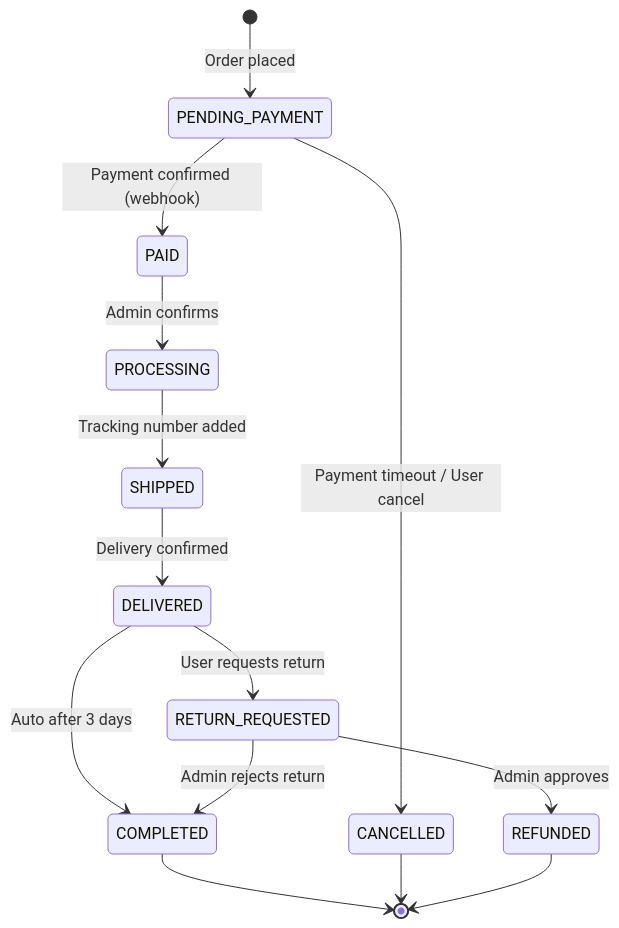
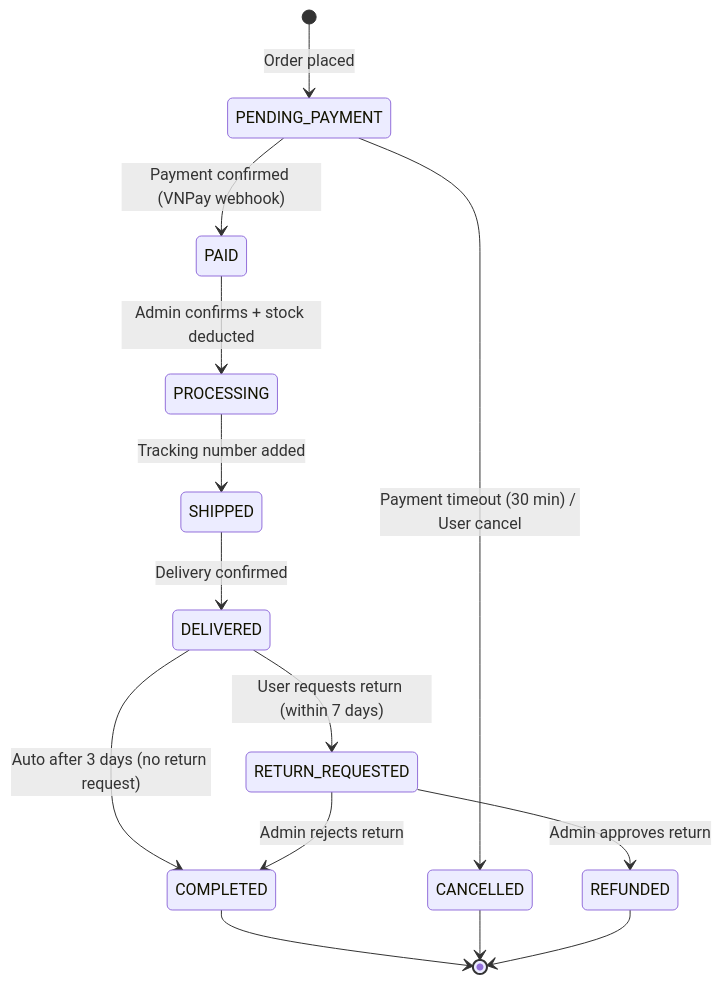
One commit to Neil-06-hub/SMART-ECOMMERCE-AI-SYSTEM-WORKFLOW-PUBLIC changed the third of 7 diagrams in docs/ARCHITECTURE.md. Above: the diagram before and after it, drawn with Mermaid. The commit also changed other lines of this file and 3 other files, not shown here.

````diff
--- a/docs/ARCHITECTURE.md
+++ b/docs/ARCHITECTURE.md
@@ -195,16 +249,16 @@
 ```mermaid
 stateDiagram-v2
     [*] --> PENDING_PAYMENT : Order placed
-    PENDING_PAYMENT --> PAID : Payment confirmed (webhook)
-    PENDING_PAYMENT --> CANCELLED : Payment timeout / User cancel
-    PAID --> PROCESSING : Admin confirms
+    PENDING_PAYMENT --> PAID : Payment confirmed (VNPay webhook)
+    PENDING_PAYMENT --> CANCELLED : Payment timeout (30 min) / User cancel
+    PAID --> PROCESSING : Admin confirms + stock deducted
     PROCESSING --> SHIPPED : Tracking number added
     SHIPPED --> DELIVERED : Delivery confirmed
-    DELIVERED --> COMPLETED : Auto after 3 days
-    DELIVERED --> RETURN_REQUESTED : User requests return
-    RETURN_REQUESTED --> REFUNDED : Admin approves
+    DELIVERED --> COMPLETED : Auto after 3 days (no return request)
+    DELIVERED --> RETURN_REQUESTED : User requests return (within 7 days)
+    RETURN_REQUESTED --> REFUNDED : Admin approves return
     RETURN_REQUESTED --> COMPLETED : Admin rejects return
     COMPLETED --> [*]
     CANCELLED --> [*]
     REFUNDED --> [*]
 ```
````
